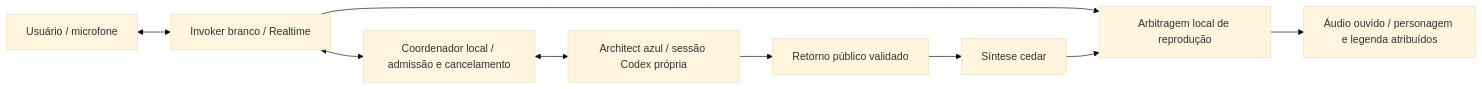
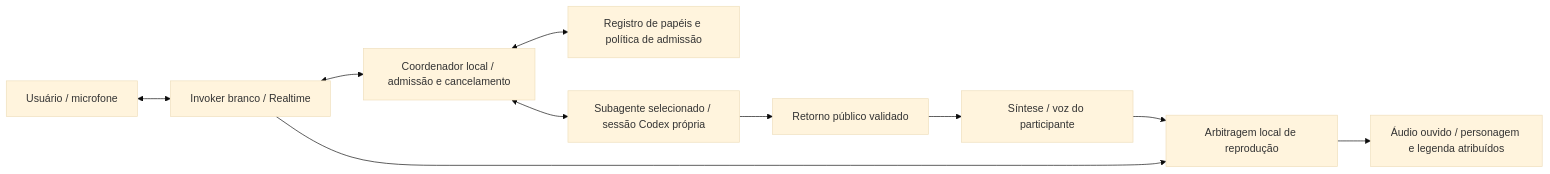
Before and after one commit to Spectree-Tecnologia/spectree-invoker: the diagram in docs/changes/presence-dialogo-squad/proposal.md, drawn with Mermaid (base theme). The commit also changed other lines of this file and 3 other files, not shown here.

````diff
--- a/docs/changes/presence-dialogo-squad/proposal.md
+++ b/docs/changes/presence-dialogo-squad/proposal.md
@@ -41,11 +47,12 @@
 ```mermaid
 flowchart LR
   U[Usuário / microfone] <--> R[Invoker branco / Realtime]
   R <--> C[Coordenador local / admissão e cancelamento]
-  C <--> A[Architect azul / sessão Codex própria]
+  C <--> G[Registro de papéis e política de admissão]
+  C <--> A[Subagente selecionado / sessão Codex própria]
   A --> P[Retorno público validado]
-  P --> T[Síntese cedar]
+  P --> T[Síntese / voz do participante]
   R --> Q[Arbitragem local de reprodução]
   T --> Q
   Q --> V[Áudio ouvido / personagem e legenda atribuídos]
 ```
````
